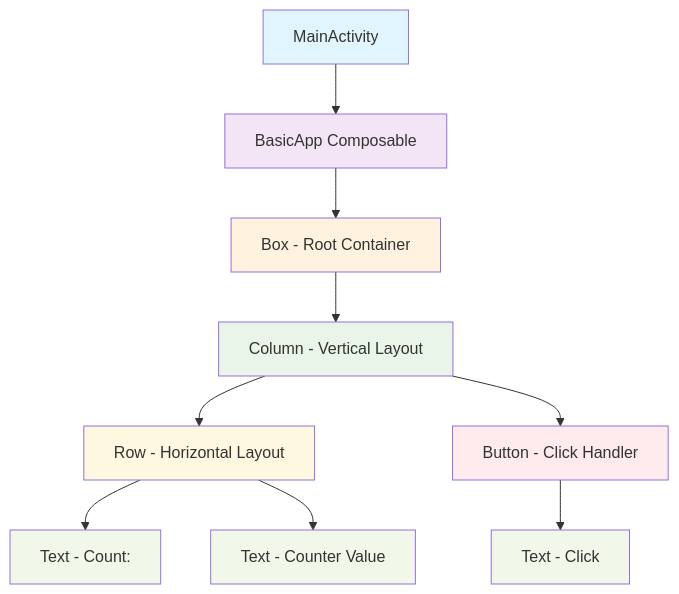
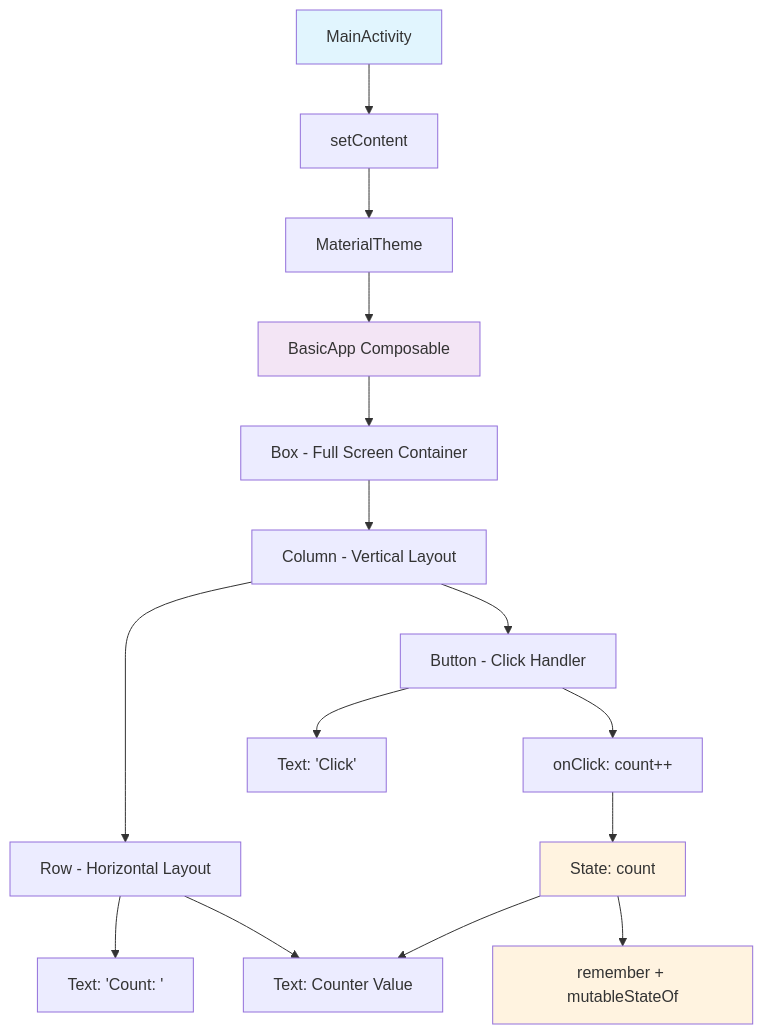
The diagram in compose_app_doc.md (scifigurmeet/jetpackCompose), drawn with Mermaid before and after one commit. The commit also changed other lines of this file, not shown here.

````diff
--- a/compose_app_doc.md
+++ b/compose_app_doc.md
@@ -110,21 +135,23 @@
 ```mermaid
 graph TD
-    A[MainActivity] --> B[BasicApp Composable]
-    B --> C[Box - Root Container]
-    C --> D[Column - Vertical Layout]
-    D --> E[Row - Horizontal Layout]
-    D --> F[Button - Click Handler]
-    E --> G[Text - Count: ]
-    E --> H[Text - Counter Value]
-    F --> I[Text - Click]
+    A[MainActivity] --> B[setContent]
+    B --> C[MaterialTheme]
+    C --> D[BasicApp Composable]
+    D --> E[Box - Full Screen Container]
+    E --> F[Column - Vertical Layout]
+    F --> G[Row - Horizontal Layout]
+    F --> H[Button - Click Handler]
+    G --> I[Text: 'Count: ']
+    G --> J[Text: Counter Value]
+    H --> K[Text: 'Click']
+    
+    L[State: count] --> J
+    L --> M[remember + mutableStateOf]
+    H --> N[onClick: count++]
+    N --> L
     
     style A fill:#e1f5fe
-    style B fill:#f3e5f5
-    style C fill:#fff3e0
-    style D fill:#e8f5e8
-    style E fill:#fff8e1
-    style F fill:#ffebee
-    style G fill:#f1f8e9
-    style H fill:#f1f8e9
-    style I fill:#f1f8e9
+    style D fill:#f3e5f5
+    style L fill:#fff3e0
+    style M fill:#fff3e0
 ```
````
